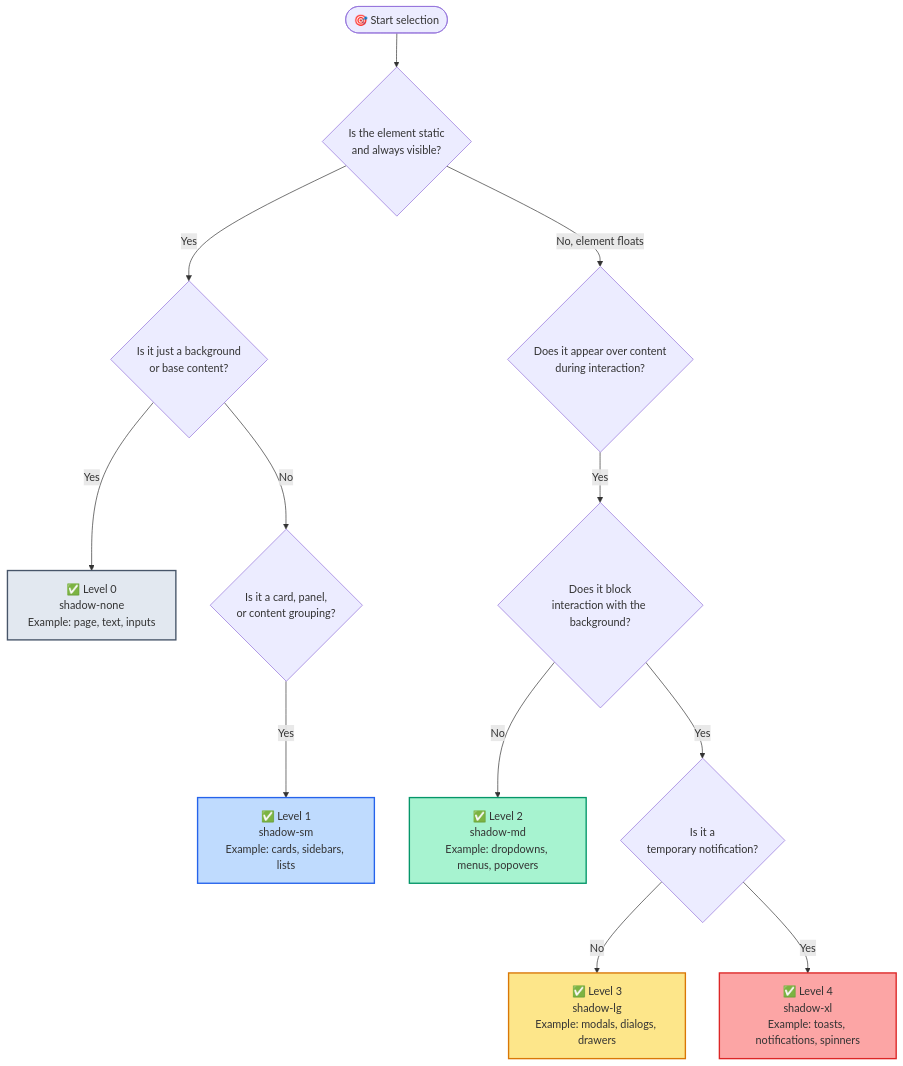
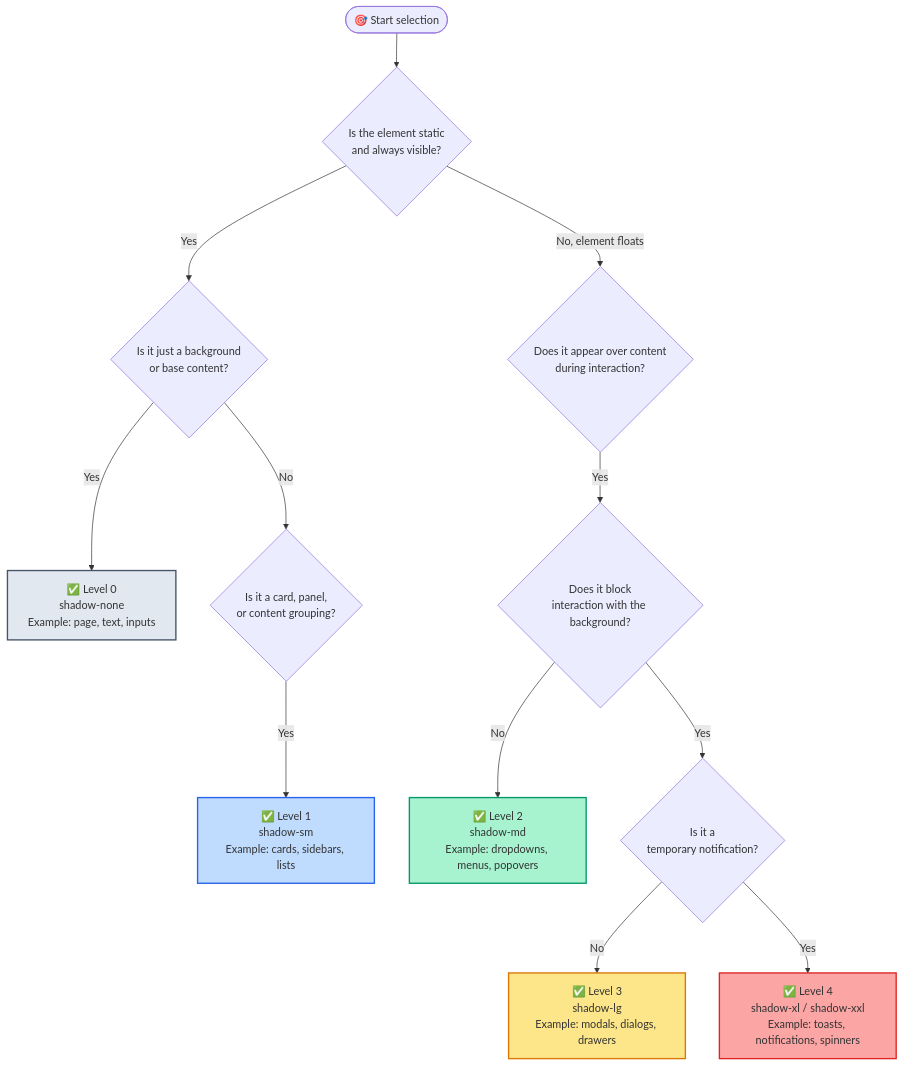
Before and after one commit to Kotrecon/faf-design-system: the fourth of 4 diagrams in packages/foundations/README.md, drawn with Mermaid. The commit also changed other lines of this file and 42 other files, not shown here.

````diff
--- a/packages/foundations/README.md
+++ b/packages/foundations/README.md
@@ -400,28 +445,28 @@
 ```mermaid
 flowchart TD
     Start([🎯 Start selection]) --> Q1{Is the element static<br/>and always visible?}
 
     Q1 -->|Yes| Q2{Is it just a background<br/>or base content?}
     Q2 -->|Yes| L0[✅ Level 0<br/>shadow-none<br/>Example: page, text, inputs]
     Q2 -->|No| Q3{Is it a card, panel,<br/>or content grouping?}
     Q3 -->|Yes| L1[✅ Level 1<br/>shadow-sm<br/>Example: cards, sidebars, lists]
 
     Q1 -->|No, element floats| Q4{Does it appear over content<br/>during interaction?}
 
     Q4 -->|Yes| Q5{Does it block<br/>interaction with the background?}
 
     Q5 -->|No| L2[✅ Level 2<br/>shadow-md<br/>Example: dropdowns, menus, popovers]
 
     Q5 -->|Yes| Q6{Is it a<br/>temporary notification?}
 
     Q6 -->|No| L3[✅ Level 3<br/>shadow-lg<br/>Example: modals, dialogs, drawers]
 
-    Q6 -->|Yes| L4[✅ Level 4<br/>shadow-xl<br/>Example: toasts, notifications, spinners]
+    Q6 -->|Yes| L4[✅ Level 4<br/>shadow-xl / shadow-xxl<br/>Example: toasts, notifications, spinners]
 
     %% Styling
     style L0 fill:#e2e8f0,stroke:#475569,stroke-width:2px
     style L1 fill:#bfdbfe,stroke:#2563eb,stroke-width:2px
     style L2 fill:#a7f3d0,stroke:#059669,stroke-width:2px
     style L3 fill:#fde68a,stroke:#d97706,stroke-width:2px
     style L4 fill:#fca5a5,stroke:#dc2626,stroke-width:2px
 ```
````
